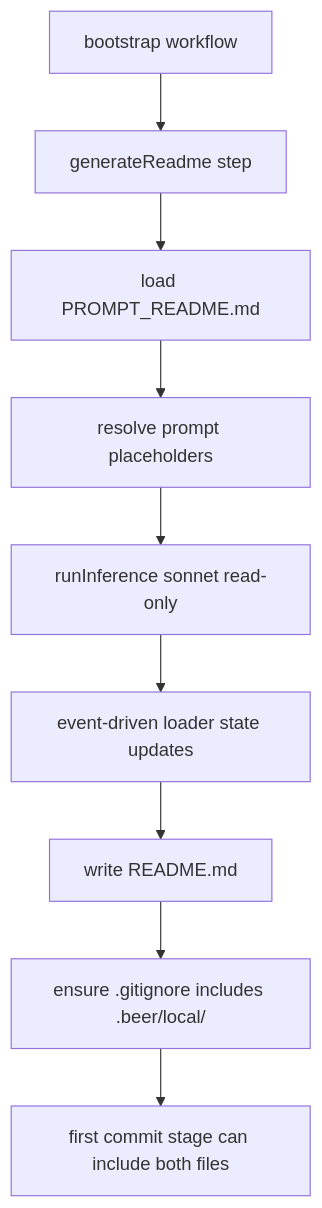
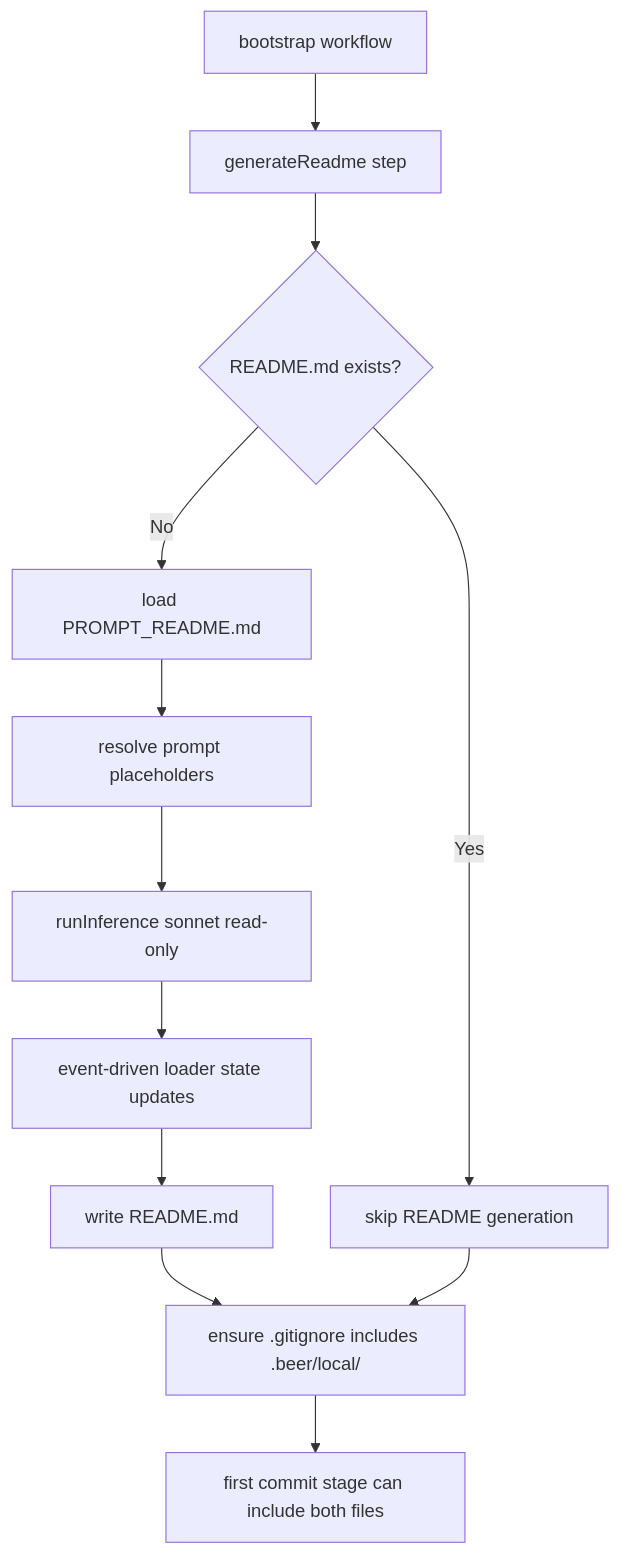
Before and after one commit to ex3ndr/holdmybeer: the diagram in doc/readme-step-move.md, drawn with Mermaid. The commit also changed other lines of this file and 37 other files, not shown here.

````diff
--- a/doc/readme-step-move.md
+++ b/doc/readme-step-move.md
@@ -7,11 +7,14 @@
 ```mermaid
 flowchart TD
   A[bootstrap workflow] --> B[generateReadme step]
-  B --> C[load PROMPT_README.md]
-  C --> D[resolve prompt placeholders]
-  D --> E[runInference sonnet read-only]
-  E --> F[event-driven loader state updates]
-  F --> G[write README.md]
-  G --> H[ensure .gitignore includes .beer/local/]
-  H --> I[first commit stage can include both files]
+  B --> C{README.md exists?}
+  C -->|No| D[load PROMPT_README.md]
+  D --> E[resolve prompt placeholders]
+  E --> F[runInference sonnet read-only]
+  F --> G[event-driven loader state updates]
+  G --> H[write README.md]
+  C -->|Yes| I[skip README generation]
+  H --> J[ensure .gitignore includes .beer/local/]
+  I --> J
+  J --> K[first commit stage can include both files]
 ```
````
